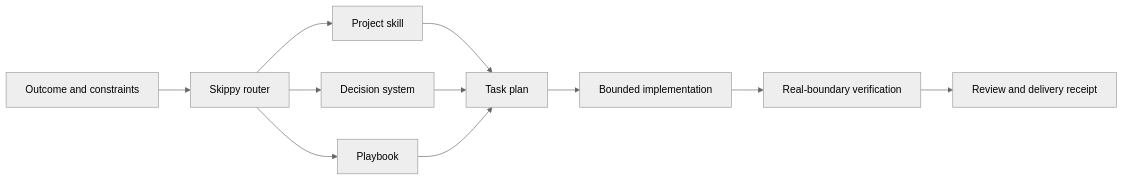
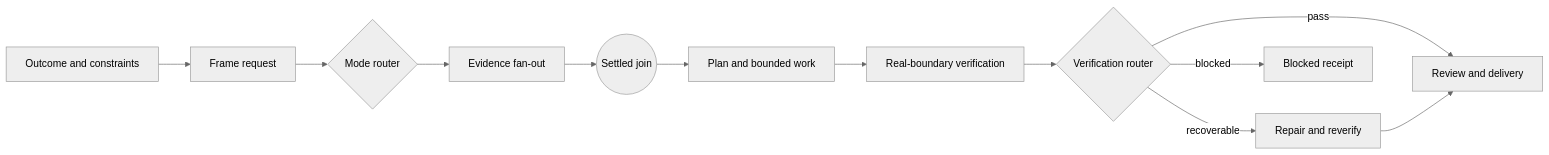
The first of 4 diagrams in README.md (deepujain/skippy), drawn with Mermaid before and after one commit. The commit also changed other lines of this file and 9 other files, not shown here.

Commit message:
Add executable graph control

````diff
--- a/README.md
+++ b/README.md
@@ -41,14 +42,15 @@
 ```mermaid
 %%{init: {'theme':'neutral'}}%%
 flowchart LR
-  A["Outcome and constraints"] --> B["Skippy router"]
-  B --> C["Project skill"]
-  B --> D["Decision system"]
-  B --> E["Playbook"]
-  C --> F["Task plan"]
-  D --> F
-  E --> F
-  F --> G["Bounded implementation"]
-  G --> H["Real-boundary verification"]
-  H --> I["Review and delivery receipt"]
+  A["Outcome and constraints"] --> B["Frame request"]
+  B --> C{"Mode router"}
+  C --> D["Evidence fan-out"]
+  D --> E(("Settled join"))
+  E --> F["Plan and bounded work"]
+  F --> G["Real-boundary verification"]
+  G --> H{"Verification router"}
+  H -->|pass| I["Review and delivery"]
+  H -->|recoverable| J["Repair and reverify"]
+  H -->|blocked| K["Blocked receipt"]
+  J --> I
 ```
````
